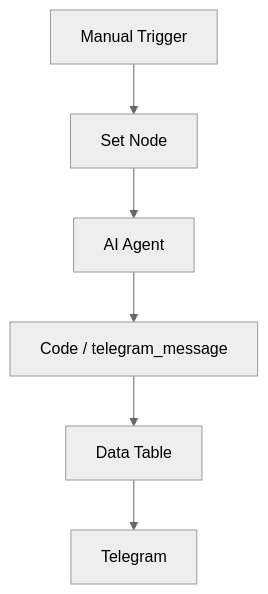
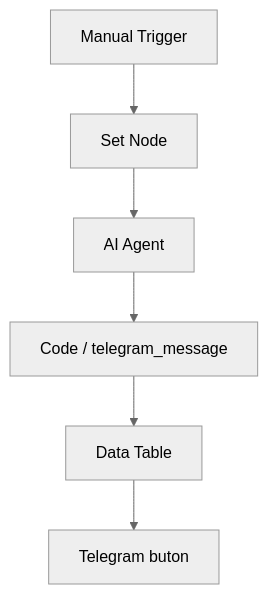
The second of 6 diagrams in docs/akis-semasi.md (mustafaxln/social-media-agent), drawn with Mermaid (neutral theme) before and after one commit. The commit also changed other lines of this file and 25 other files, not shown here.

````diff
--- a/docs/akis-semasi.md
+++ b/docs/akis-semasi.md
@@ -21,8 +24,8 @@
 ```mermaid
 flowchart TD
     A[Manual Trigger] --> B[Set Node]
     B --> C[AI Agent]
     C --> D[Code / telegram_message]
     D --> E[Data Table]
-    E --> F[Telegram]
+    E --> F[Telegram buton]
 ```
````
